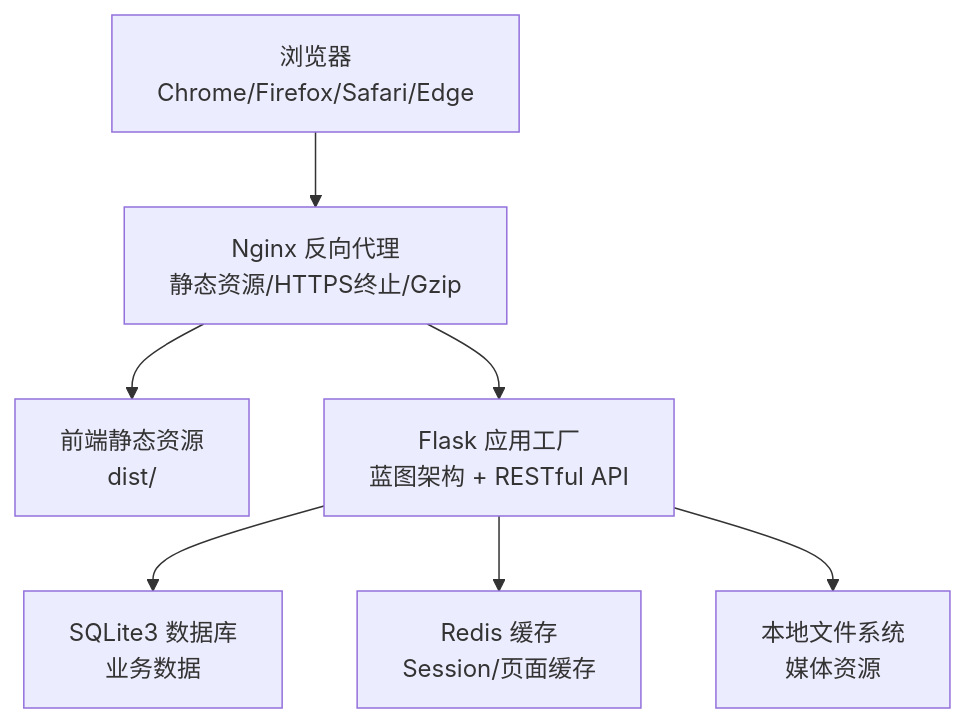
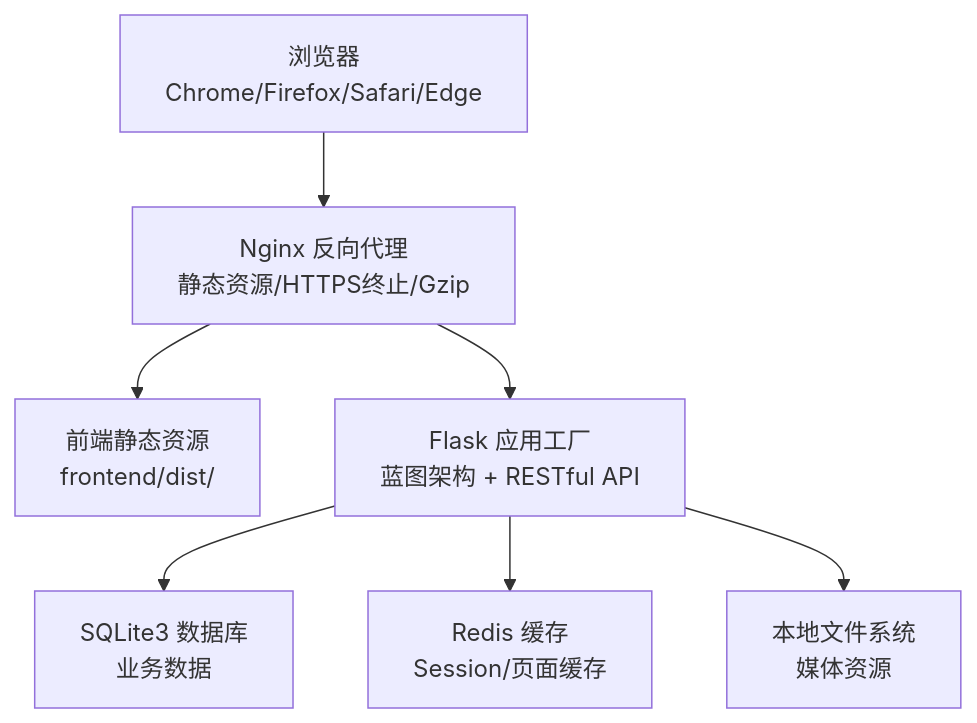
One commit to wyg5208/website_diy changed the first of 6 diagrams in .qoder/repowiki/zh/content/技术架构设计/技术架构设计.md. Above: the diagram before and after it, drawn with Mermaid. The commit also changed other lines of this file and 7 other files, not shown here.

````diff
--- a/.qoder/repowiki/zh/content/技术架构设计/技术架构设计.md
+++ b/.qoder/repowiki/zh/content/技术架构设计/技术架构设计.md
@@ -57,9 +60,9 @@
 ```mermaid
 graph TB
 Browser["浏览器<br/>Chrome/Firefox/Safari/Edge"] --> Nginx["Nginx 反向代理<br/>静态资源/HTTPS终止/Gzip"]
-Nginx --> Frontend["前端静态资源<br/>dist/"]
+Nginx --> Frontend["前端静态资源<br/>frontend/dist/"]
 Nginx --> API["Flask 应用工厂<br/>蓝图架构 + RESTful API"]
 API --> DB["SQLite3 数据库<br/>业务数据"]
 API --> Redis["Redis 缓存<br/>Session/页面缓存"]
 API --> Media["本地文件系统<br/>媒体资源"]
 ```
````
